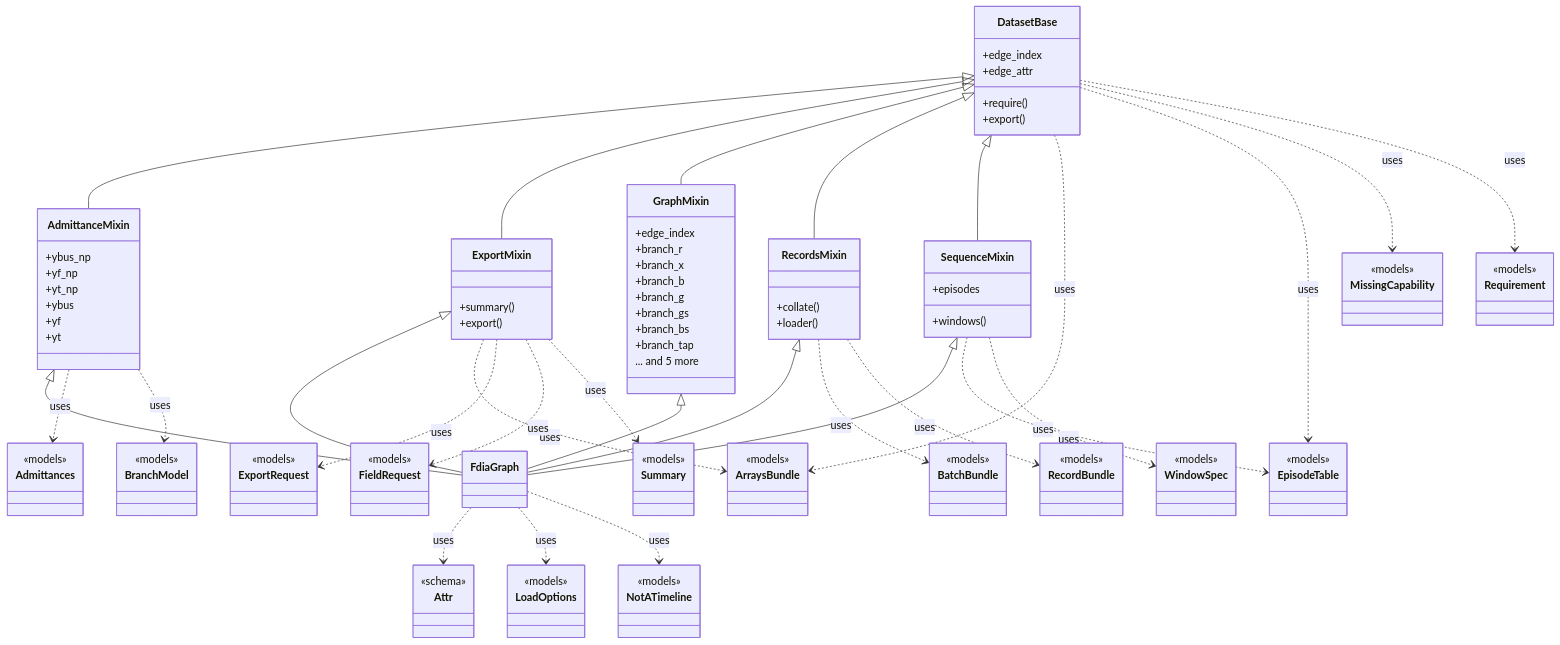
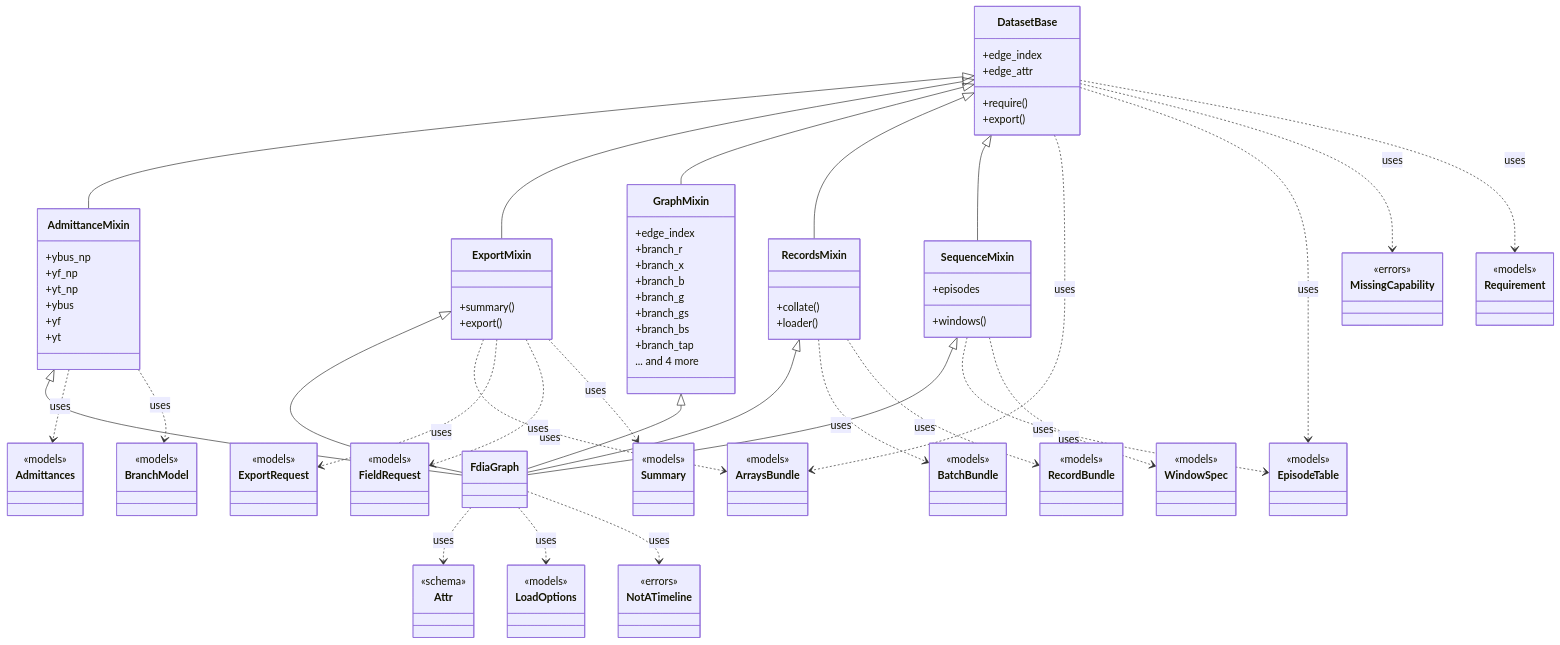
Before and after one commit to myersben9/fdia-graph: the diagram in docs/figures/diagrams/classes_dataset.mmd, drawn with Mermaid. The commit also changed 130 other files, not shown here.

```diff
--- a/docs/figures/diagrams/classes_dataset.mmd
+++ b/docs/figures/diagrams/classes_dataset.mmd
@@ -1,112 +1,112 @@
 classDiagram
     class DatasetBase {
         +require()
         +edge_index
         +edge_attr
         +export()
     }
     class GraphMixin {
         +edge_index
         +branch_r
         +branch_x
         +branch_b
         +branch_g
         +branch_gs
         +branch_bs
         +branch_tap
-        ... and 5 more
+        ... and 4 more
     }
     class AdmittanceMixin {
         +ybus_np
         +yf_np
         +yt_np
         +ybus
         +yf
         +yt
     }
     class RecordsMixin {
         +collate()
         +loader()
     }
     class ExportMixin {
         +summary()
         +export()
     }
     class SequenceMixin {
         +windows()
         +episodes
     }
     class FdiaGraph {
     }
     class Admittances {
         <<models>>
     }
     class ArraysBundle {
         <<models>>
     }
     class Attr {
         <<schema>>
     }
     class BatchBundle {
         <<models>>
     }
     class BranchModel {
         <<models>>
     }
     class EpisodeTable {
         <<models>>
     }
     class ExportRequest {
         <<models>>
     }
     class FieldRequest {
         <<models>>
     }
     class LoadOptions {
         <<models>>
     }
     class MissingCapability {
-        <<models>>
+        <<errors>>
     }
     class NotATimeline {
-        <<models>>
+        <<errors>>
     }
     class RecordBundle {
         <<models>>
     }
     class Requirement {
         <<models>>
     }
     class Summary {
         <<models>>
     }
     class WindowSpec {
         <<models>>
     }
     AdmittanceMixin <|-- FdiaGraph
     DatasetBase <|-- AdmittanceMixin
     DatasetBase <|-- ExportMixin
     DatasetBase <|-- GraphMixin
     DatasetBase <|-- RecordsMixin
     DatasetBase <|-- SequenceMixin
     ExportMixin <|-- FdiaGraph
     GraphMixin <|-- FdiaGraph
     RecordsMixin <|-- FdiaGraph
     SequenceMixin <|-- FdiaGraph
     AdmittanceMixin ..> Admittances : uses
     AdmittanceMixin ..> BranchModel : uses
     DatasetBase ..> ArraysBundle : uses
     DatasetBase ..> EpisodeTable : uses
     DatasetBase ..> MissingCapability : uses
     DatasetBase ..> Requirement : uses
     ExportMixin ..> ArraysBundle : uses
     ExportMixin ..> ExportRequest : uses
     ExportMixin ..> FieldRequest : uses
     ExportMixin ..> Summary : uses
     FdiaGraph ..> Attr : uses
     FdiaGraph ..> LoadOptions : uses
     FdiaGraph ..> NotATimeline : uses
     RecordsMixin ..> BatchBundle : uses
     RecordsMixin ..> RecordBundle : uses
     SequenceMixin ..> EpisodeTable : uses
     SequenceMixin ..> WindowSpec : uses
```
